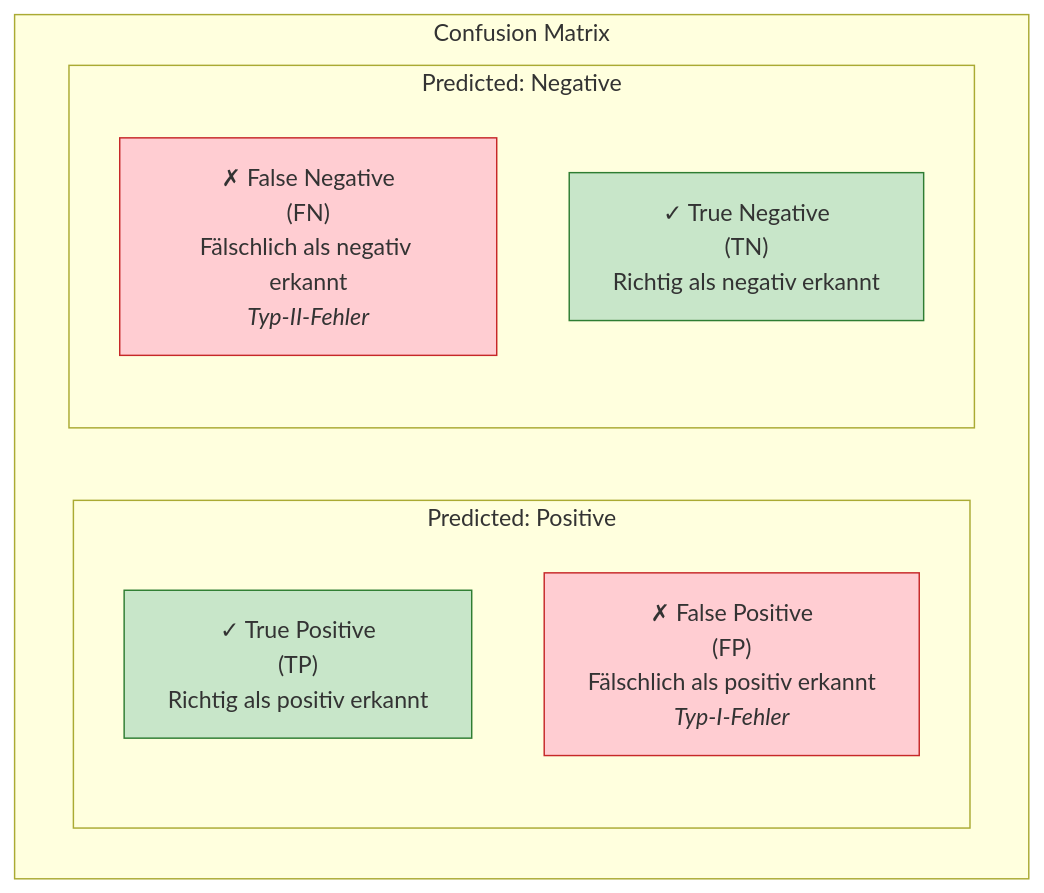
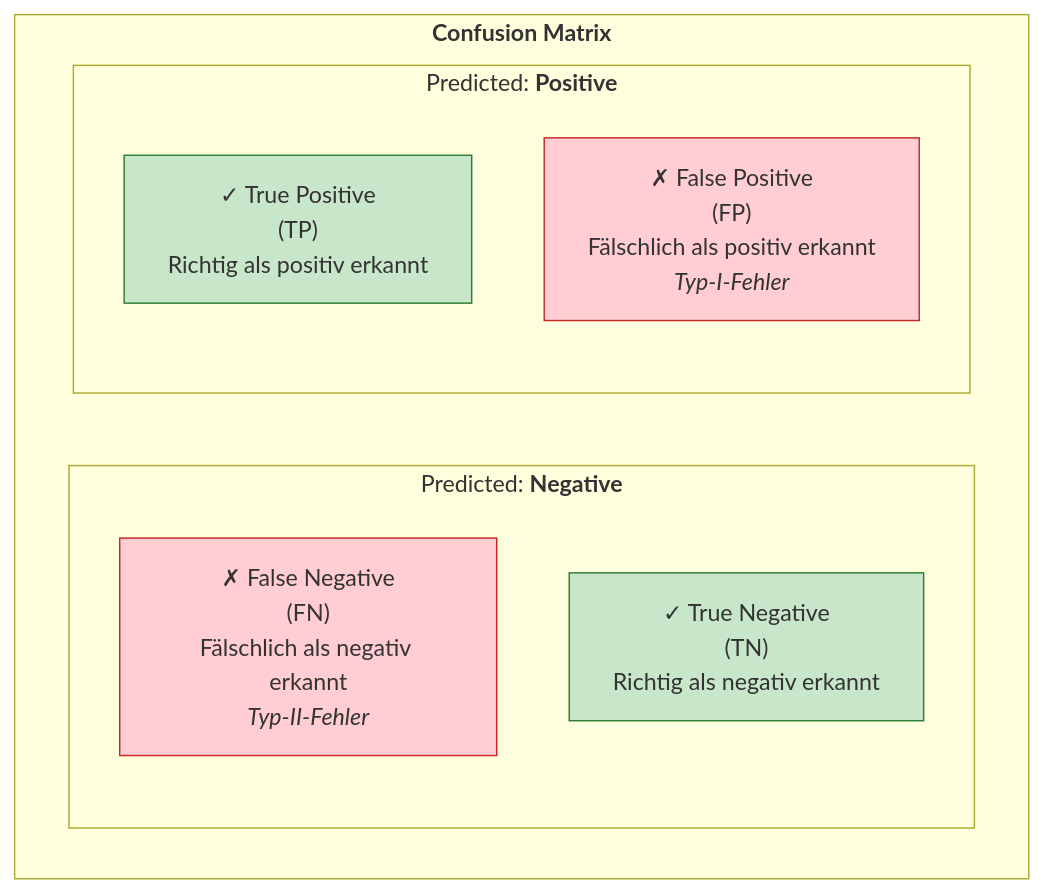
The first of 8 diagrams in docs/concepts/evaluate/bewertung_klassifizierung.md (ralf-42/ML_Intro), drawn with Mermaid before and after one commit. The commit also changed other lines of this file and 7 other files, not shown here.

````diff
--- a/docs/concepts/evaluate/bewertung_klassifizierung.md
+++ b/docs/concepts/evaluate/bewertung_klassifizierung.md
@@ -33,18 +33,23 @@
 ```mermaid
 flowchart TB
-    subgraph matrix["Confusion Matrix"]
-        subgraph row1["Predicted: Positive"]
+    subgraph matrix["<b>Confusion Matrix"]
+    
+		subgraph row2["Predicted: <b>Negative"]
+            FN["✗ False Negative<br/>(FN)<br/>Fälschlich als negativ erkannt<br/><i>Typ-II-Fehler</i>"]
+            TN["✓ True Negative<br/>(TN)<br/>Richtig als negativ erkannt"]
+        end
+        subgraph row1["Predicted: <b>Positive"]
             TP["✓ True Positive<br/>(TP)<br/>Richtig als positiv erkannt"]
             FP["✗ False Positive<br/>(FP)<br/>Fälschlich als positiv erkannt<br/><i>Typ-I-Fehler</i>"]
         end
-        subgraph row2["Predicted: Negative"]
-            FN["✗ False Negative<br/>(FN)<br/>Fälschlich als negativ erkannt<br/><i>Typ-II-Fehler</i>"]
-            TN["✓ True Negative<br/>(TN)<br/>Richtig als negativ erkannt"]
-        end
+
     end
+    
+ 
+    
     
     style TP fill:#c8e6c9,stroke:#2e7d32
     style TN fill:#c8e6c9,stroke:#2e7d32
     style FP fill:#ffcdd2,stroke:#c62828
     style FN fill:#ffcdd2,stroke:#c62828
 ```
````
